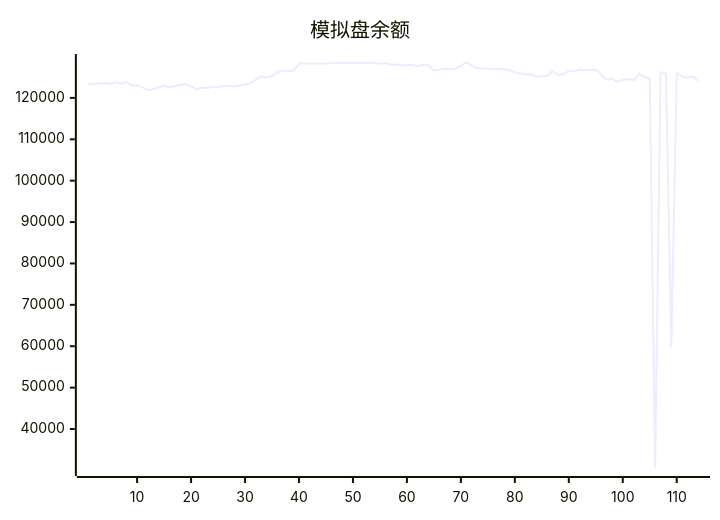
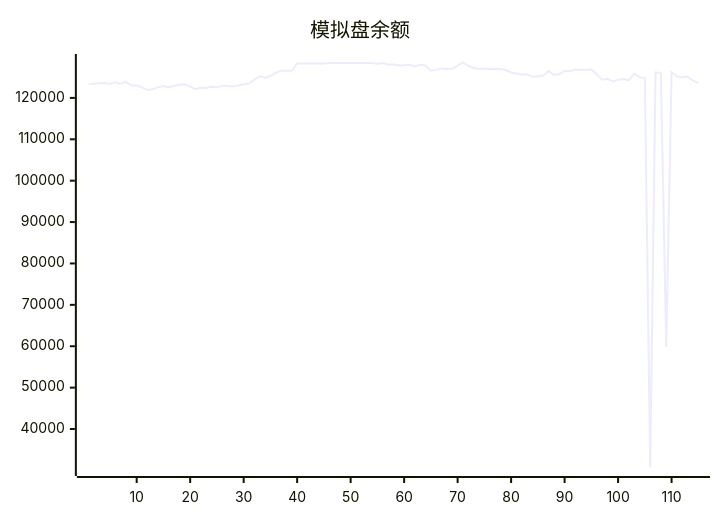
Before and after one commit to aahl/ai-trading: the diagram in README.md, drawn with Mermaid. The commit also changed other lines of this file and 1 other file, not shown here.

````diff
--- a/README.md
+++ b/README.md
@@ -5,5 +5,5 @@
 ```mermaid
 xychart
     title "模拟盘余额"
-    line [123338,123402,123530,123592,123378,123745,123413,123853,123009,123040,122557,121938,122095,122599,122856,122597,122898,123160,123319,122719,122087,122454,122416,122685,122592,122907,122961,122776,122981,123295,123507,124403,125224,124894,125303,126088,126544,126534,126549,128335,128318,128318,128318,128318,128318,128424,128424,128424,128424,128424,128424,128424,128424,128424,128247,128412,128062,128087,127917,127901,128026,127611,128000,127850,126572,126770,127100,126971,127029,127783,128554,127765,127224,127064,127044,127009,127025,127004,126738,126152,125871,125635,125707,125117,125217,125420,126480,125545,125715,126511,126424,126856,126764,126788,126890,125710,124381,124632,123936,124402,124574,124256,125833,125070,124739,30700,126154,125966,59800,126145,125213,124943,125143,124157]
+    line [123338,123402,123530,123592,123378,123745,123413,123853,123009,123040,122557,121938,122095,122599,122856,122597,122898,123160,123319,122719,122087,122454,122416,122685,122592,122907,122961,122776,122981,123295,123507,124403,125224,124894,125303,126088,126544,126534,126549,128335,128318,128318,128318,128318,128318,128424,128424,128424,128424,128424,128424,128424,128424,128424,128247,128412,128062,128087,127917,127901,128026,127611,128000,127850,126572,126770,127100,126971,127029,127783,128554,127765,127224,127064,127044,127009,127025,127004,126738,126152,125871,125635,125707,125117,125217,125420,126480,125545,125715,126511,126424,126856,126764,126788,126890,125710,124381,124632,123936,124402,124574,124256,125833,125070,124739,30700,126154,125966,59800,126145,125213,124943,125143,124157,123604]
 ```
````
